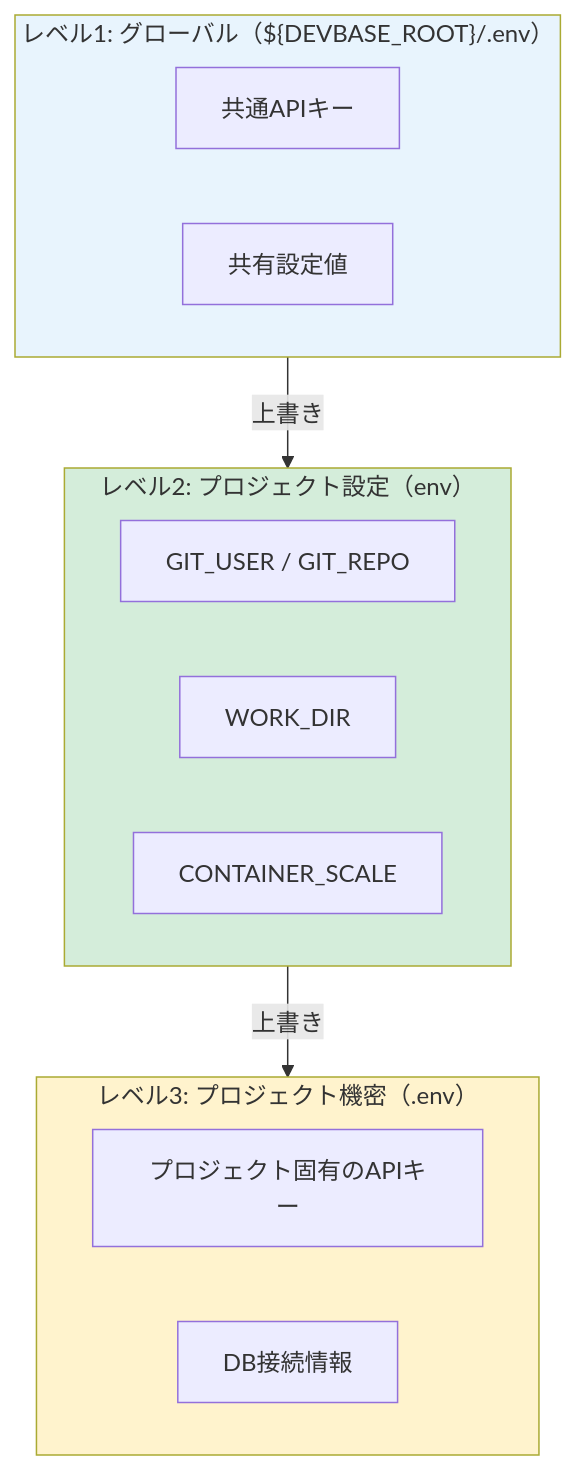
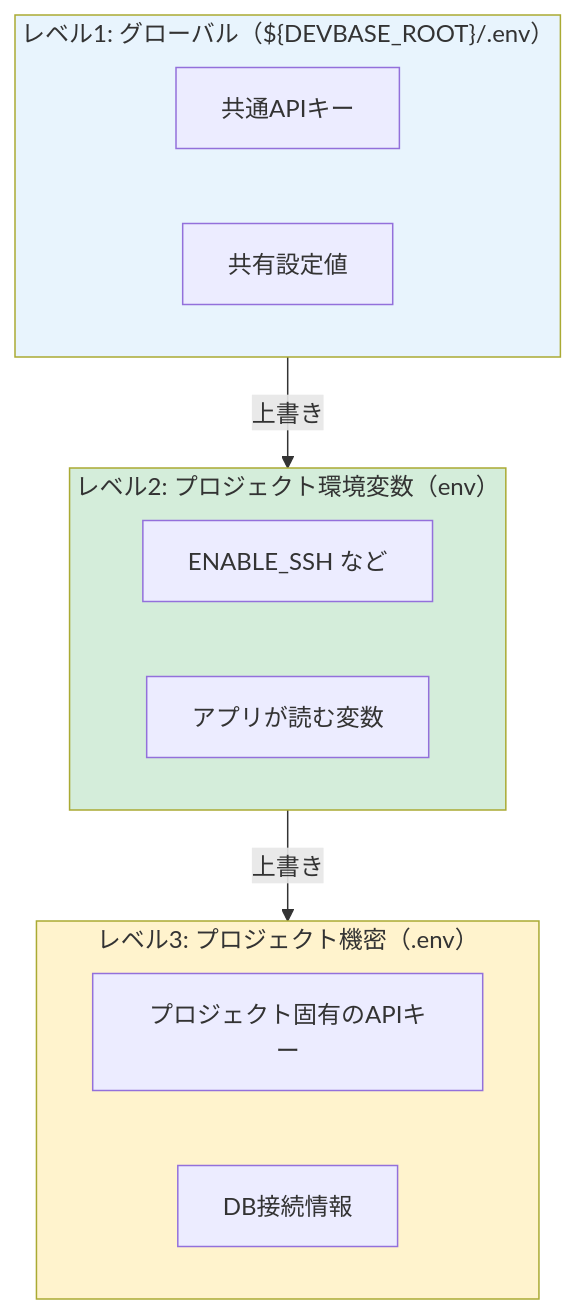
The second of 3 diagrams in docs/plugin-dev/compose-yml-guidelines.md (devbasex/devbase), drawn with Mermaid before and after one commit. The commit also changed other lines of this file and 10 other files, not shown here.

````diff
--- a/docs/plugin-dev/compose-yml-guidelines.md
+++ b/docs/plugin-dev/compose-yml-guidelines.md
@@ -68,21 +68,20 @@
 ```mermaid
 flowchart TB
     subgraph level1["レベル1: グローバル（${DEVBASE_ROOT}/.env）"]
         G1["共通APIキー"]
         G2["共有設定値"]
     end
-    subgraph level2["レベル2: プロジェクト設定（env）"]
-        P1["GIT_USER / GIT_REPO"]
-        P2["WORK_DIR"]
-        P3["CONTAINER_SCALE"]
+    subgraph level2["レベル2: プロジェクト環境変数（env）"]
+        P1["ENABLE_SSH など"]
+        P2["アプリが読む変数"]
     end
     subgraph level3["レベル3: プロジェクト機密（.env）"]
         S1["プロジェクト固有のAPIキー"]
         S2["DB接続情報"]
     end
     level1 -->|"上書き"| level2
     level2 -->|"上書き"| level3
     style level1 fill:#e8f4fd
     style level2 fill:#d4edda
     style level3 fill:#fff3cd
 ```
````
